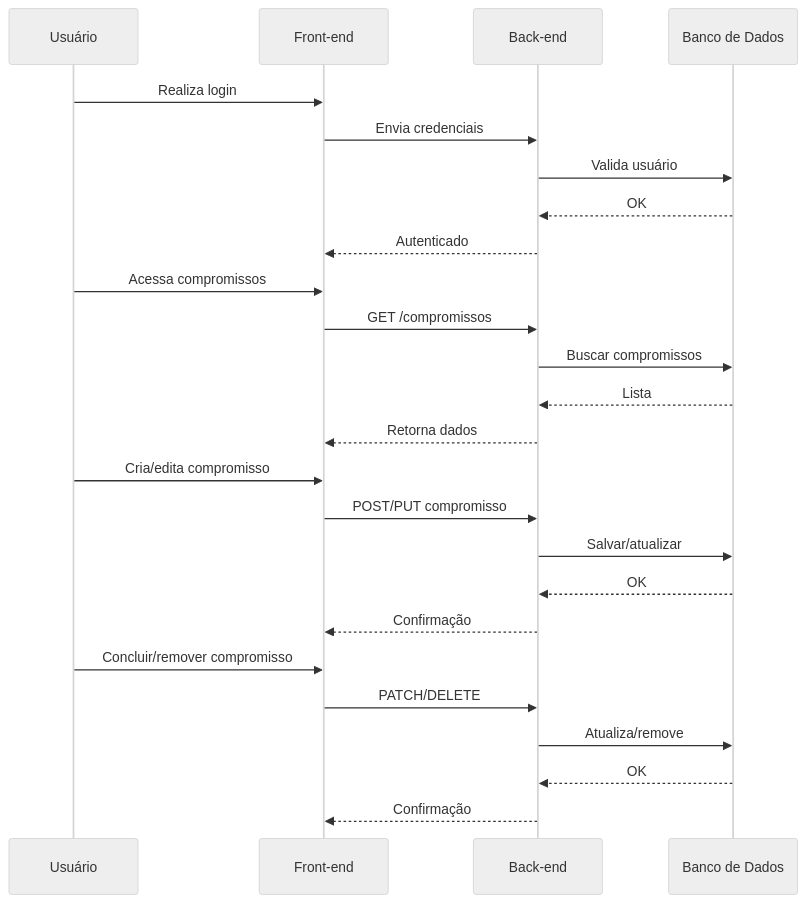
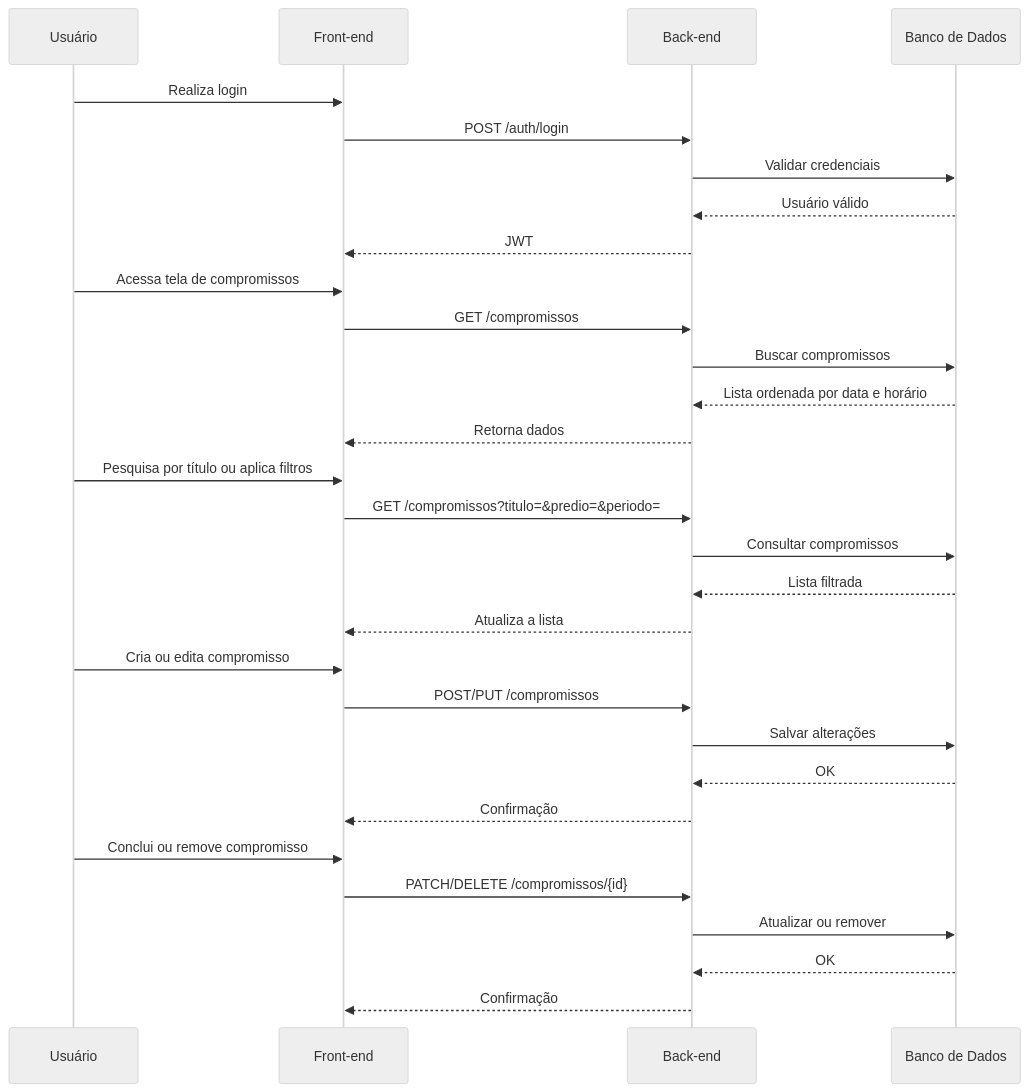
The ninth of 15 diagrams in documentation/RFC/RFC.md (pdrollucas/euSindico), drawn with Mermaid (neutral theme) before and after one commit. The commit also changed other lines of this file, not shown here.

First line of the commit message:
Docs: Update project version and enhance flow diagrams

````diff
--- a/documentation/RFC/RFC.md
+++ b/documentation/RFC/RFC.md
@@ -472,32 +492,38 @@
 ```mermaid
 sequenceDiagram
 
 participant U as Usuário
 participant FE as Front-end
 participant API as Back-end
 participant DB as Banco de Dados
 
 U->>FE: Realiza login
-FE->>API: Envia credenciais
-API->>DB: Valida usuário
-DB-->>API: OK
-API-->>FE: Autenticado
+FE->>API: POST /auth/login
+API->>DB: Validar credenciais
+DB-->>API: Usuário válido
+API-->>FE: JWT
 
-U->>FE: Acessa compromissos
+U->>FE: Acessa tela de compromissos
 FE->>API: GET /compromissos
 API->>DB: Buscar compromissos
-DB-->>API: Lista
+DB-->>API: Lista ordenada por data e horário
 API-->>FE: Retorna dados
 
-U->>FE: Cria/edita compromisso
-FE->>API: POST/PUT compromisso
-API->>DB: Salvar/atualizar
+U->>FE: Pesquisa por título ou aplica filtros
+FE->>API: GET /compromissos?titulo=&predio=&periodo=
+API->>DB: Consultar compromissos
+DB-->>API: Lista filtrada
+API-->>FE: Atualiza a lista
+
+U->>FE: Cria ou edita compromisso
+FE->>API: POST/PUT /compromissos
+API->>DB: Salvar alterações
 DB-->>API: OK
 API-->>FE: Confirmação
 
-U->>FE: Concluir/remover compromisso
-FE->>API: PATCH/DELETE
-API->>DB: Atualiza/remove
+U->>FE: Conclui ou remove compromisso
+FE->>API: PATCH/DELETE /compromissos/{id}
+API->>DB: Atualizar ou remover
 DB-->>API: OK
 API-->>FE: Confirmação
 ```
````
